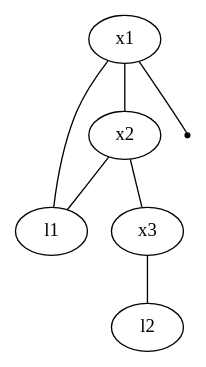
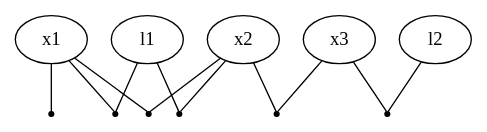
One commit to adheeshc/GTSAM-Tutorials changed the diagram in output/landmarkSLAM_graph.dot. Above: the diagram before and after it, drawn with Graphviz. The commit also changed 4 other files, not shown here.

```diff
--- a/output/landmarkSLAM_graph.dot
+++ b/output/landmarkSLAM_graph.dot
@@ -1,17 +1,27 @@
 graph {
   size="5,5";
 
   var7782220156096217089[label="l1", pos="2,2!"];
   var7782220156096217090[label="l2", pos="2,4!"];
   var8646911284551352321[label="x1", pos="1.13688e-14,0!"];
   var8646911284551352322[label="x2", pos="6.66914e-15,2!"];
   var8646911284551352323[label="x3", pos="0,4!"];
 
   factor0[label="", shape=point];
   var8646911284551352321--factor0;
-  var8646911284551352321--var8646911284551352322;
-  var8646911284551352322--var8646911284551352323;
-  var8646911284551352321--var7782220156096217089;
-  var8646911284551352322--var7782220156096217089;
-  var8646911284551352323--var7782220156096217090;
+  factor1[label="", shape=point];
+  var8646911284551352321--factor1;
+  var8646911284551352322--factor1;
+  factor2[label="", shape=point];
+  var8646911284551352322--factor2;
+  var8646911284551352323--factor2;
+  factor3[label="", shape=point];
+  var8646911284551352321--factor3;
+  var7782220156096217089--factor3;
+  factor4[label="", shape=point];
+  var8646911284551352322--factor4;
+  var7782220156096217089--factor4;
+  factor5[label="", shape=point];
+  var8646911284551352323--factor5;
+  var7782220156096217090--factor5;
 }
```
